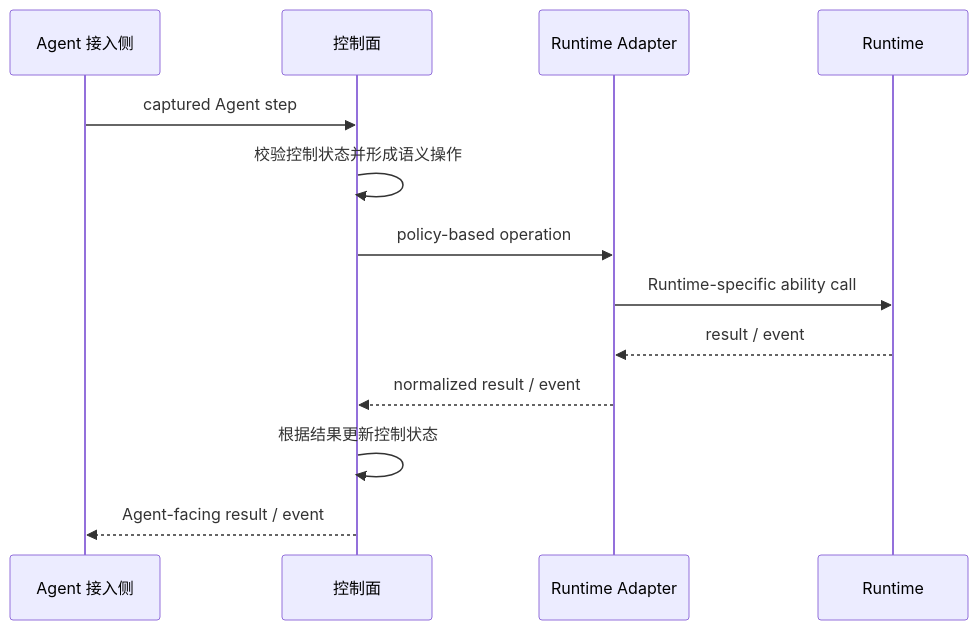
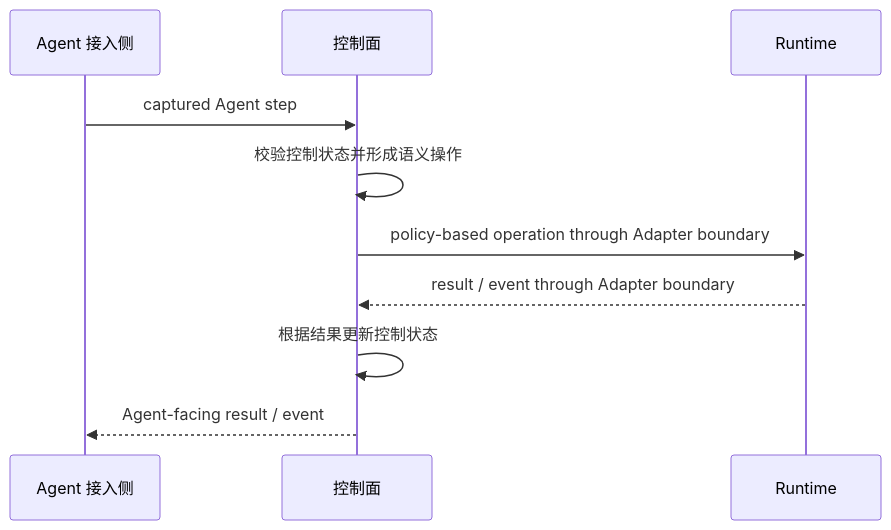
The diagram in docs/architecture.md (bettermultiply/AgentScout), drawn with Mermaid before and after one commit. The commit also changed other lines of this file and 17 other files, not shown here.

````diff
--- a/docs/architecture.md
+++ b/docs/architecture.md
@@ -35,16 +35,13 @@
 ```mermaid
 sequenceDiagram
     participant A as Agent 接入侧
     participant C as 控制面
-    participant D as Runtime Adapter
     participant R as Runtime
 
     A->>C: captured Agent step
     C->>C: 校验控制状态并形成语义操作
-    C->>D: policy-based operation
-    D->>R: Runtime-specific ability call
-    R-->>D: result / event
-    D-->>C: normalized result / event
+    C->>R: policy-based operation through Adapter boundary
+    R-->>C: result / event through Adapter boundary
     C->>C: 根据结果更新控制状态
     C-->>A: Agent-facing result / event
 ```
````
